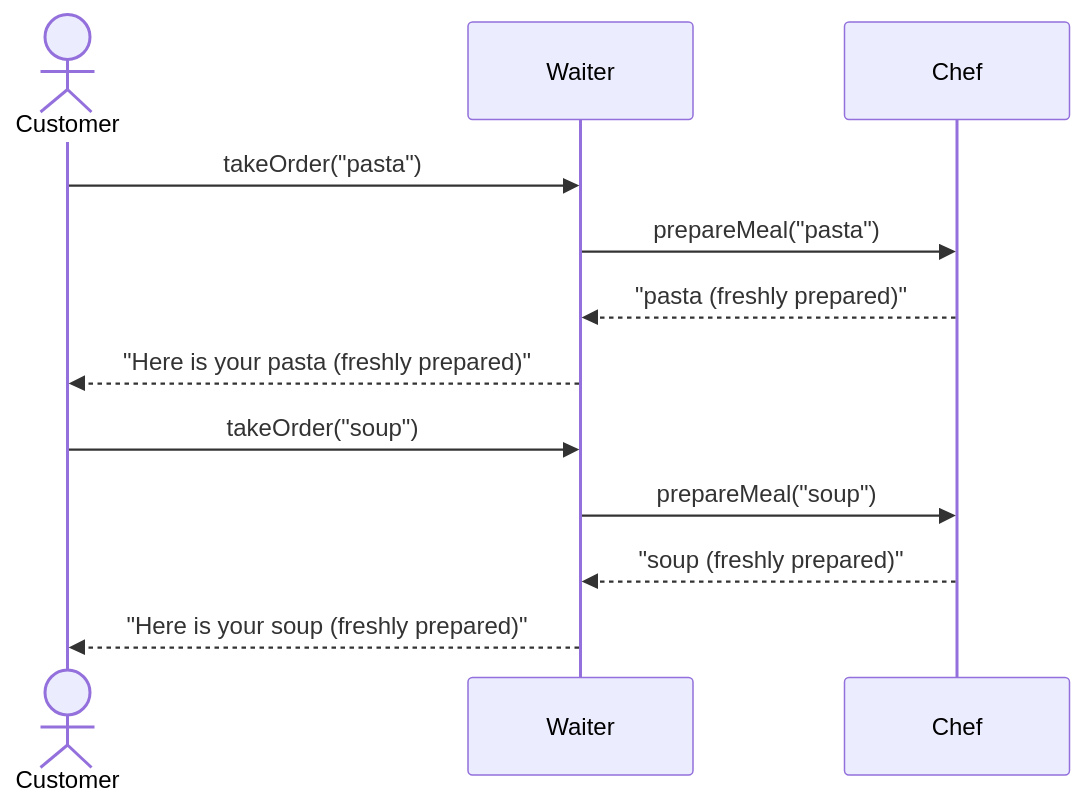
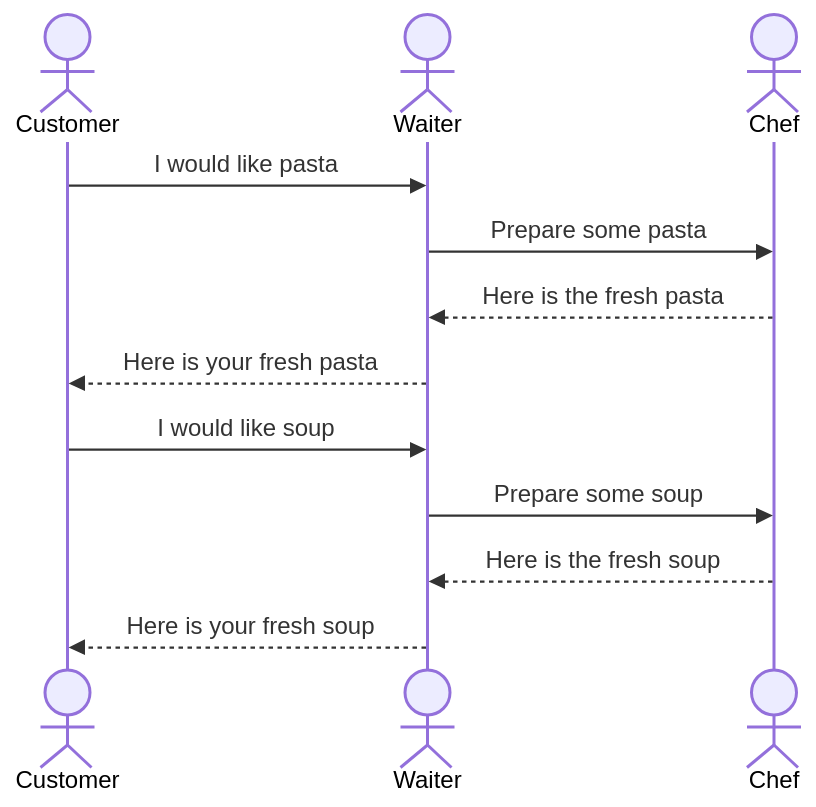
The diagram in docs/programming/kotlin/oop/intro.md (waimea-dt/how-do-i), drawn with Mermaid before and after one commit. The commit also changed other lines of this file and 1 other file, not shown here.

Commit message:
Sequence diags

````diff
--- a/docs/programming/kotlin/oop/intro.md
+++ b/docs/programming/kotlin/oop/intro.md
@@ -177,16 +187,16 @@
 ```mermaid
 sequenceDiagram
     actor Customer
-    participant Waiter
-    participant Chef
+    actor Waiter
+    actor Chef
 
-    Customer->>Waiter: takeOrder("pasta")
-    Waiter->>Chef: prepareMeal("pasta")
-    Chef-->>Waiter: "pasta (freshly prepared)"
-    Waiter-->>Customer: "Here is your pasta (freshly prepared)"
+    Customer ->>  Waiter:   I would like pasta
+    Waiter   ->>  Chef:     Prepare some pasta
+    Chef     -->> Waiter:   Here is the fresh pasta
+    Waiter   -->> Customer: Here is your fresh pasta
 
-    Customer->>Waiter: takeOrder("soup")
-    Waiter->>Chef: prepareMeal("soup")
-    Chef-->>Waiter: "soup (freshly prepared)"
-    Waiter-->>Customer: "Here is your soup (freshly prepared)"
+    Customer ->>  Waiter:   I would like soup
+    Waiter   ->>  Chef:     Prepare some soup
+    Chef     -->> Waiter:   Here is the fresh soup
+    Waiter   -->> Customer: Here is your fresh soup
 ```
````
